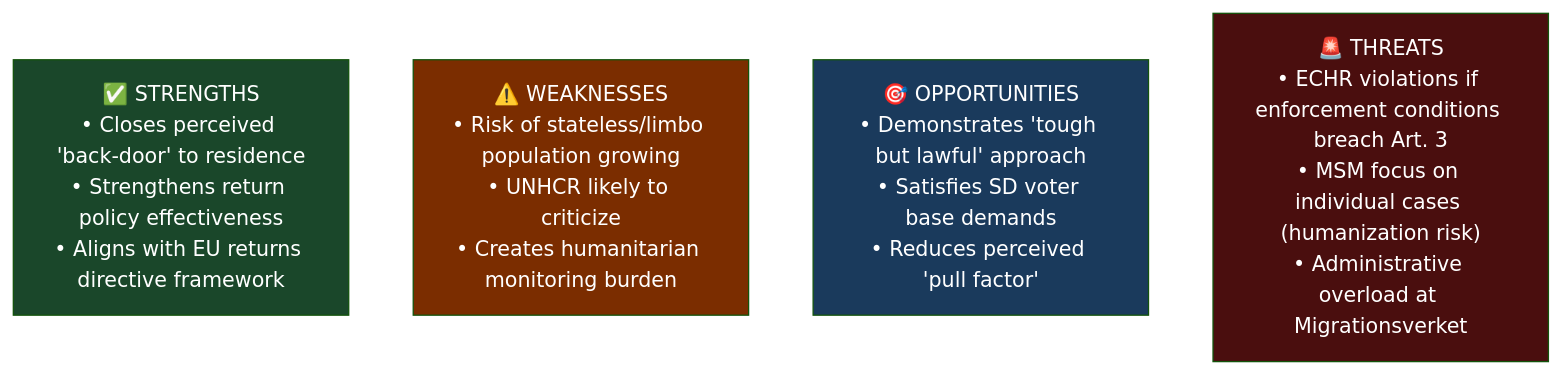
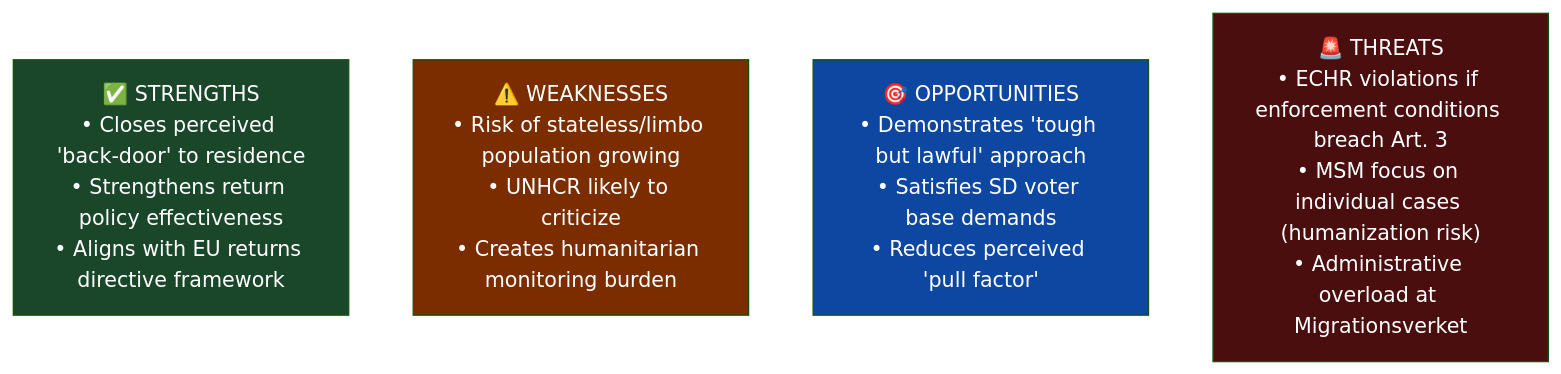
The diagram in analysis/daily/2026-04-18/realtime-1705/documents/HD01SfU22-analysis.md (Hack23/riksdagsmonitor), drawn with Mermaid (forest theme) before and after one commit. The commit also changed 785 other files, not shown here.

First line of the commit message:
Normalize mermaid colors across 786 analysis artifacts to ISMS Style Guide palette

````diff
--- a/analysis/daily/2026-04-18/realtime-1705/documents/HD01SfU22-analysis.md
+++ b/analysis/daily/2026-04-18/realtime-1705/documents/HD01SfU22-analysis.md
@@ -17,12 +17,12 @@
 ```mermaid
 graph TD
     S["✅ STRENGTHS\n• Closes perceived 'back-door' to residence\n• Strengthens return policy effectiveness\n• Aligns with EU returns directive framework"]:::strength
     W["⚠️ WEAKNESSES\n• Risk of stateless/limbo population growing\n• UNHCR likely to criticize\n• Creates humanitarian monitoring burden"]:::weakness
     O["🎯 OPPORTUNITIES\n• Demonstrates 'tough but lawful' approach\n• Satisfies SD voter base demands\n• Reduces perceived 'pull factor'"]:::opportunity
     T["🚨 THREATS\n• ECHR violations if enforcement conditions breach Art. 3\n• MSM focus on individual cases (humanization risk)\n• Administrative overload at Migrationsverket"]:::threat
     
-    style S fill:#1a472a,color:#fff
-    style W fill:#7b2d00,color:#fff
-    style O fill:#1a3a5c,color:#fff
-    style T fill:#4a0e0e,color:#fff
+    style S fill:#1a472a,color:#FFFFFF
+    style W fill:#7b2d00,color:#FFFFFF
+    style O fill:#0D47A1,color:#FFFFFF
+    style T fill:#4a0e0e,color:#FFFFFF
 ```
````
